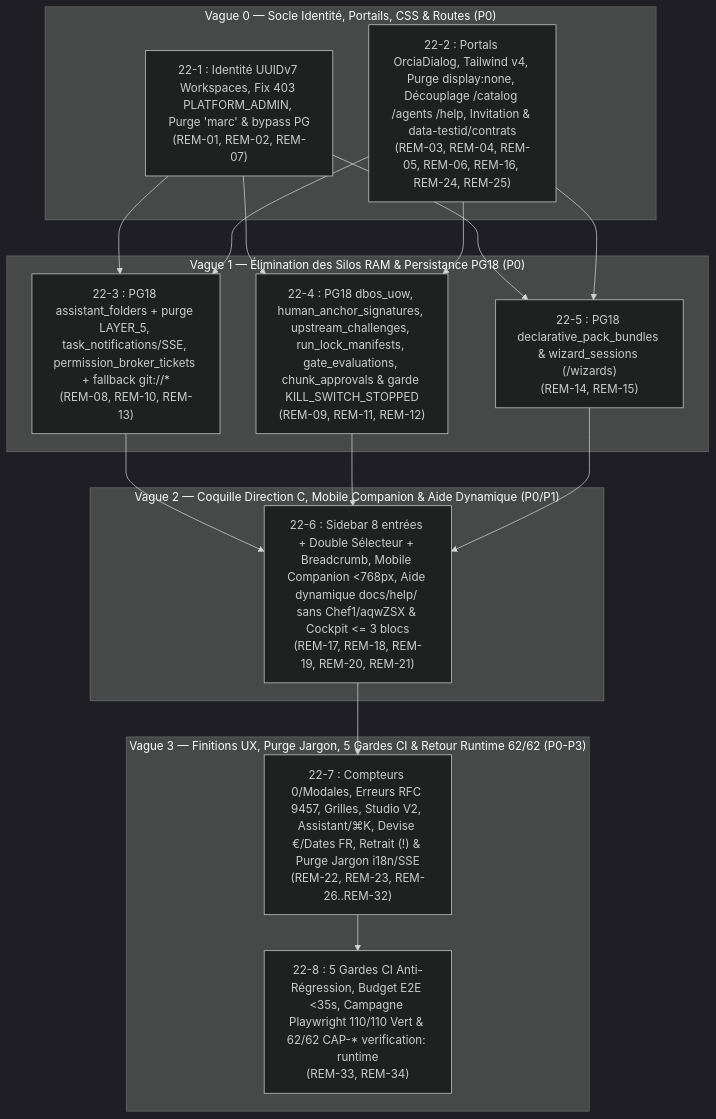
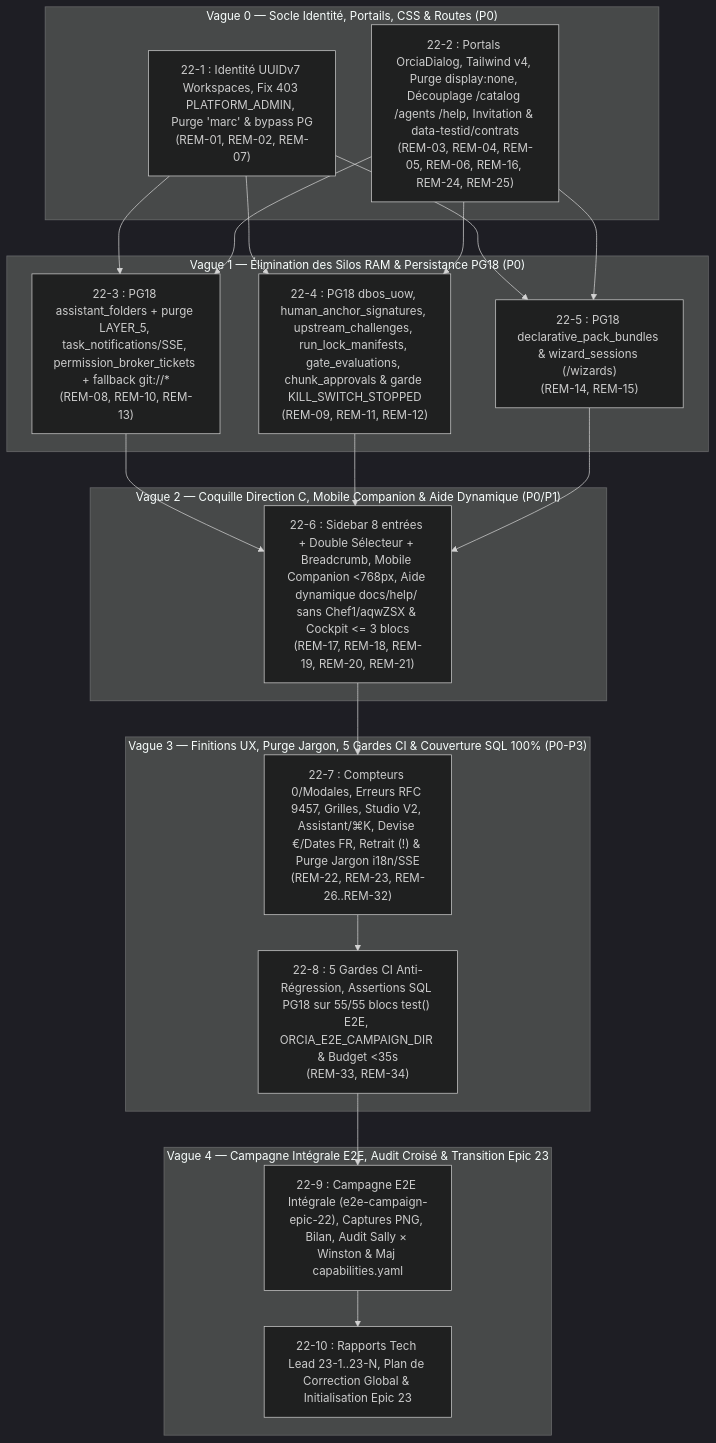
Before and after one commit to rom1es/ORCIA: the diagram in docs/planning-artifacts/sprint-change-proposal-2026-11-18-epic-22-remediation-plan.md, drawn with Mermaid (dark theme). The commit also changed other lines of this file and 9 other files, not shown here.

Commit message:
docs(epic-22): initialize branch and add stories 22.9-22.10 for e2e audit and epic 23

````diff
--- a/docs/planning-artifacts/sprint-change-proposal-2026-11-18-epic-22-remediation-plan.md
+++ b/docs/planning-artifacts/sprint-change-proposal-2026-11-18-epic-22-remediation-plan.md
@@ -42,34 +45,41 @@
 ```mermaid
 flowchart TD
     subgraph V0["Vague 0 — Socle Identité, Portails, CSS & Routes (P0)"]
         S221["22-1 : Identité UUIDv7 Workspaces, Fix 403 PLATFORM_ADMIN, Purge 'marc' & bypass PG<br/>(REM-01, REM-02, REM-07)"]
         S222["22-2 : Portals OrciaDialog, Tailwind v4, Purge display:none, Découplage /catalog /agents /help, Invitation & data-testid/contrats<br/>(REM-03, REM-04, REM-05, REM-06, REM-16, REM-24, REM-25)"]
     end
 
     subgraph V1["Vague 1 — Élimination des Silos RAM & Persistance PG18 (P0)"]
         S223["22-3 : PG18 assistant_folders + purge LAYER_5, task_notifications/SSE, permission_broker_tickets + fallback git://*<br/>(REM-08, REM-10, REM-13)"]
         S224["22-4 : PG18 dbos_uow, human_anchor_signatures, upstream_challenges, run_lock_manifests, gate_evaluations, chunk_approvals & garde KILL_SWITCH_STOPPED<br/>(REM-09, REM-11, REM-12)"]
         S225["22-5 : PG18 declarative_pack_bundles & wizard_sessions (/wizards)<br/>(REM-14, REM-15)"]
     end
 
     subgraph V2["Vague 2 — Coquille Direction C, Mobile Companion & Aide Dynamique (P0/P1)"]
         S226["22-6 : Sidebar 8 entrées + Double Sélecteur + Breadcrumb, Mobile Companion <768px, Aide dynamique docs/help/ sans Chef1/aqwZSX & Cockpit <= 3 blocs<br/>(REM-17, REM-18, REM-19, REM-20, REM-21)"]
     end
 
-    subgraph V3["Vague 3 — Finitions UX, Purge Jargon, 5 Gardes CI & Retour Runtime 62/62 (P0-P3)"]
+    subgraph V3["Vague 3 — Finitions UX, Purge Jargon, 5 Gardes CI & Couverture SQL 100% (P0-P3)"]
         S227["22-7 : Compteurs 0/Modales, Erreurs RFC 9457, Grilles, Studio V2, Assistant/⌘K, Devise €/Dates FR, Retrait (!) & Purge Jargon i18n/SSE<br/>(REM-22, REM-23, REM-26..REM-32)"]
-        S228["22-8 : 5 Gardes CI Anti-Régression, Budget E2E <35s, Campagne Playwright 110/110 Vert & 62/62 CAP-* verification: runtime<br/>(REM-33, REM-34)"]
+        S228["22-8 : 5 Gardes CI Anti-Régression, Assertions SQL PG18 sur 55/55 blocs test() E2E, ORCIA_E2E_CAMPAIGN_DIR & Budget <35s<br/>(REM-33, REM-34)"]
+    end
+
+    subgraph V4["Vague 4 — Campagne Intégrale E2E, Audit Croisé & Transition Epic 23"]
+        S229["22-9 : Campagne E2E Intégrale (e2e-campaign-epic-22), Captures PNG, Bilan, Audit Sally × Winston & Maj capabilities.yaml"]
+        S2210["22-10 : Rapports Tech Lead 23-1..23-N, Plan de Correction Global & Initialisation Epic 23"]
     end
 
     S221 --> S223
     S221 --> S224
     S221 --> S225
     S222 --> S223
     S222 --> S224
     S222 --> S225
     S223 --> S226
     S224 --> S226
     S225 --> S226
     S226 --> S227
     S227 --> S228
+    S228 --> S229
+    S229 --> S2210
 ```
````
